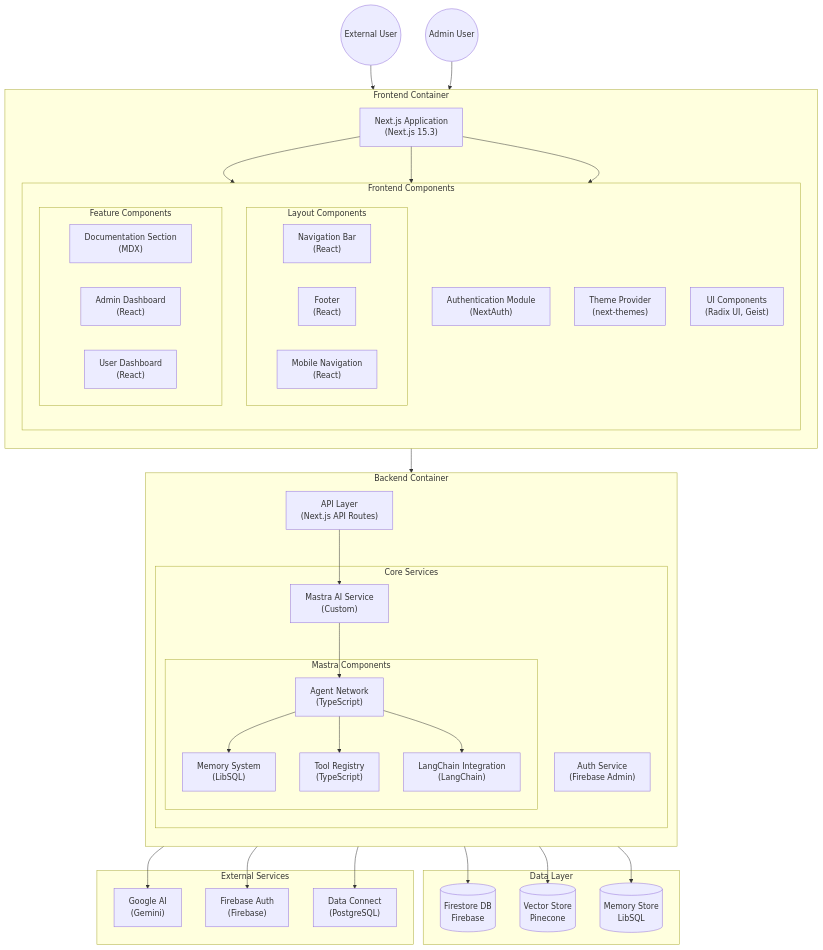
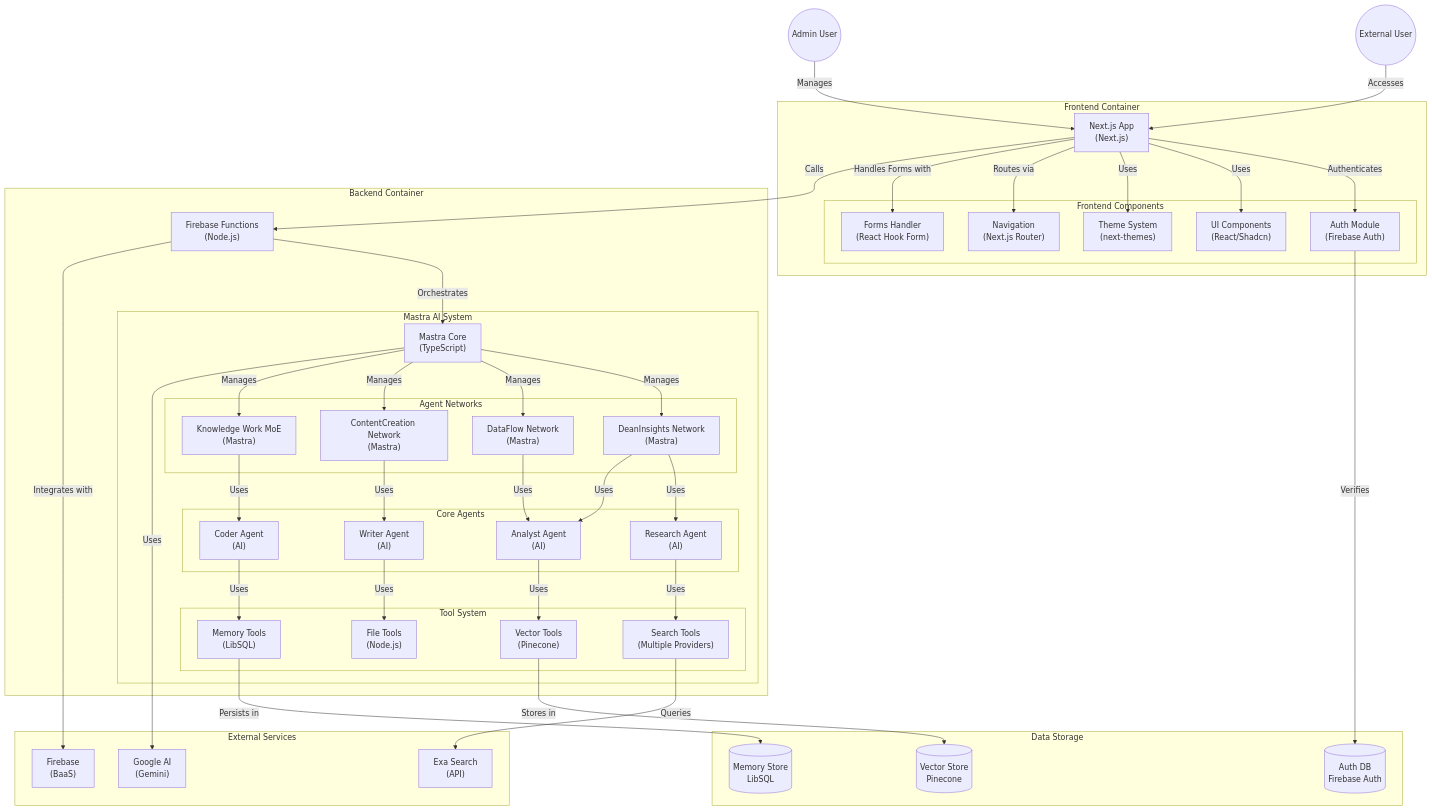
One commit to ssdeanx/deanmachines-front changed the sixth of 6 diagrams in README.md. Above: the diagram before and after it, drawn with Mermaid. The commit also changed other lines of this file and 2 other files, not shown here.

Commit message:
chore(help): remove unused help page component
The help page component was not utilized in the application and has been
removed to clean up the codebase and improve maintainability.

````diff
--- a/README.md
+++ b/README.md
@@ -591,80 +638,92 @@
     Admin((Admin User))
 
     subgraph "Frontend Container"
-        direction TB
-        NextApp["Next.js Application<br>(Next.js 15.3)"]
+        NextApp["Next.js App<br>(Next.js)"]
 
         subgraph "Frontend Components"
-            direction TB
-            AuthModule["Authentication Module<br>(NextAuth)"]
-            ThemeProvider["Theme Provider<br>(next-themes)"]
-            UIComponents["UI Components<br>(Radix UI, Geist)"]
+            AuthModule["Auth Module<br>(Firebase Auth)"]
+            UIComponents["UI Components<br>(React/Shadcn)"]
+            ThemeSystem["Theme System<br>(next-themes)"]
+            Navigation["Navigation<br>(Next.js Router)"]
+            Forms["Forms Handler<br>(React Hook Form)"]
+        end
+    end
 
-            subgraph "Layout Components"
-                NavBar["Navigation Bar<br>(React)"]
-                Footer["Footer<br>(React)"]
-                MobileNav["Mobile Navigation<br>(React)"]
+    subgraph "Backend Container"
+        FirebaseFunctions["Firebase Functions<br>(Node.js)"]
+
+        subgraph "Mastra AI System"
+            MastraCore["Mastra Core<br>(TypeScript)"]
+
+            subgraph "Agent Networks"
+                DeanInsights["DeanInsights Network<br>(Mastra)"]
+                DataFlow["DataFlow Network<br>(Mastra)"]
+                ContentCreation["ContentCreation Network<br>(Mastra)"]
+                KnowledgeMoE["Knowledge Work MoE<br>(Mastra)"]
             end
 
-            subgraph "Feature Components"
-                DocsSection["Documentation Section<br>(MDX)"]
-                AdminDashboard["Admin Dashboard<br>(React)"]
-                UserDashboard["User Dashboard<br>(React)"]
+            subgraph "Core Agents"
+                ResearchAgent["Research Agent<br>(AI)"]
+                AnalystAgent["Analyst Agent<br>(AI)"]
+                WriterAgent["Writer Agent<br>(AI)"]
+                CoderAgent["Coder Agent<br>(AI)"]
+            end
+
+            subgraph "Tool System"
+                SearchTools["Search Tools<br>(Multiple Providers)"]
+                VectorTools["Vector Tools<br>(Pinecone)"]
+                FileTools["File Tools<br>(Node.js)"]
+                MemoryTools["Memory Tools<br>(LibSQL)"]
             end
         end
     end
 
-    subgraph "Backend Container"
-        direction TB
-        APILayer["API Layer<br>(Next.js API Routes)"]
-
-        subgraph "Core Services"
-            AuthService["Auth Service<br>(Firebase Admin)"]
-            MastraService["Mastra AI Service<br>(Custom)"]
-
-            subgraph "Mastra Components"
-                AgentNetwork["Agent Network<br>(TypeScript)"]
-                MemorySystem["Memory System<br>(LibSQL)"]
-                ToolRegistry["Tool Registry<br>(TypeScript)"]
-                LangChainIntegration["LangChain Integration<br>(LangChain)"]
-            end
-        end
-    end
-
-    subgraph "Data Layer"
-        FirestoreDB[("Firestore DB<br>Firebase")]
-        VectorStore[("Vector Store<br>Pinecone")]
-        LibSQLDB[("Memory Store<br>LibSQL")]
+    subgraph "Data Storage"
+        FirebaseAuth[("Auth DB<br>Firebase Auth")]
+        VectorDB[("Vector Store<br>Pinecone")]
+        MemoryDB[("Memory Store<br>LibSQL")]
     end
 
     subgraph "External Services"
         GoogleAI["Google AI<br>(Gemini)"]
-        FirebaseAuth["Firebase Auth<br>(Firebase)"]
-        DataConnect["Data Connect<br>(PostgreSQL)"]
+        ExaSearch["Exa Search<br>(API)"]
+        Firebase["Firebase<br>(BaaS)"]
     end
 
     %% Connections
-    User --> NextApp
-    Admin --> NextApp
+    User -->|Accesses| NextApp
+    Admin -->|Manages| NextApp
 
-    NextApp --> AuthModule
-    NextApp --> ThemeProvider
-    NextApp --> UIComponents
+    NextApp -->|Authenticates| AuthModule
+    AuthModule -->|Verifies| FirebaseAuth
+    NextApp -->|Uses| UIComponents
+    NextApp -->|Uses| ThemeSystem
+    NextApp -->|Routes via| Navigation
+    NextApp -->|Handles Forms with| Forms
 
-    AuthModule --> AuthService
-    AuthService --> FirebaseAuth
-    AuthService --> FirestoreDB
+    NextApp -->|Calls| FirebaseFunctions
+    FirebaseFunctions -->|Orchestrates| MastraCore
 
-    APILayer --> MastraService
-    MastraService --> AgentNetwork
-    AgentNetwork --> MemorySystem
-    AgentNetwork --> ToolRegistry
-    AgentNetwork --> LangChainIntegration
+    MastraCore -->|Manages| DeanInsights
+    MastraCore -->|Manages| DataFlow
+    MastraCore -->|Manages| ContentCreation
+    MastraCore -->|Manages| KnowledgeMoE
 
-    MemorySystem --> LibSQLDB
-    MemorySystem --> VectorStore
+    DeanInsights -->|Uses| ResearchAgent
+    DeanInsights -->|Uses| AnalystAgent
+    DataFlow -->|Uses| AnalystAgent
+    ContentCreation -->|Uses| WriterAgent
+    KnowledgeMoE -->|Uses| CoderAgent
 
-    LangChainIntegration --> GoogleAI
+    ResearchAgent -->|Uses| SearchTools
+    AnalystAgent -->|Uses| VectorTools
+    WriterAgent -->|Uses| FileTools
+    CoderAgent -->|Uses| MemoryTools
 
-    MastraService --> DataConnect
+    SearchTools -->|Queries| ExaSearch
+    VectorTools -->|Stores in| VectorDB
+    MemoryTools -->|Persists in| MemoryDB
+
+    MastraCore -->|Uses| GoogleAI
+    FirebaseFunctions -->|Integrates with| Firebase
 ```
````
